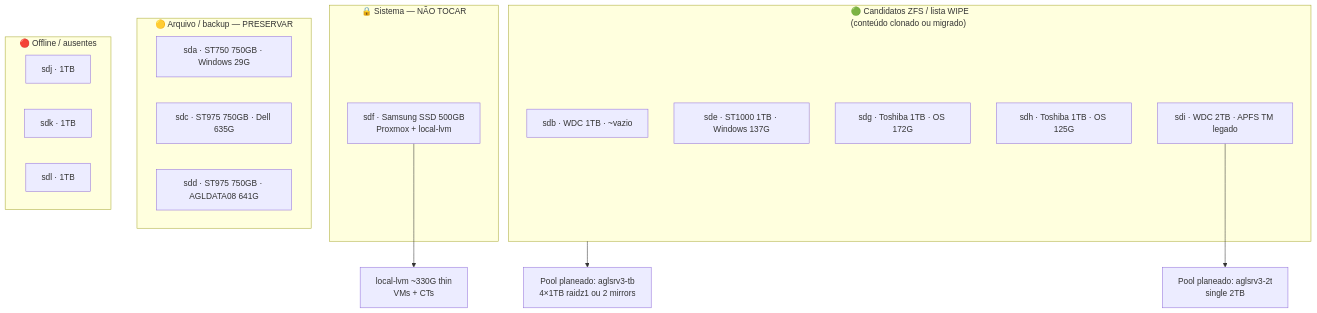
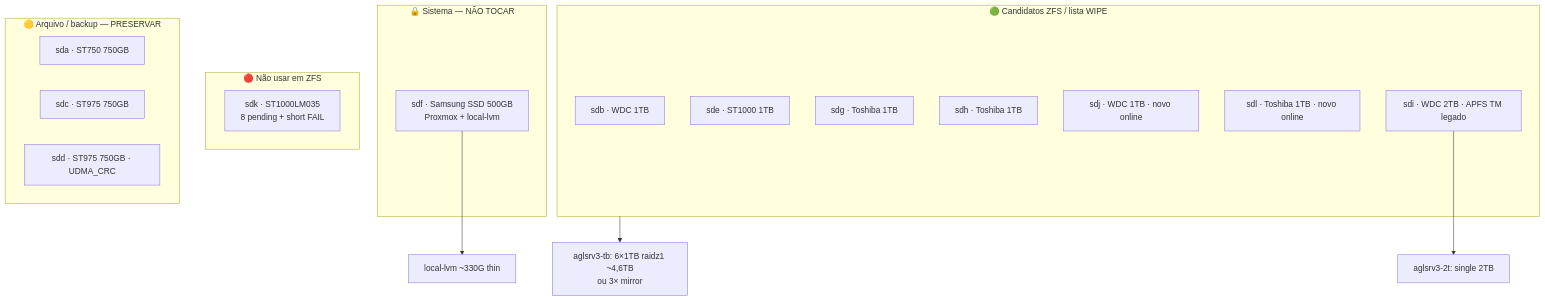
Before and after one commit to AGLz/agl-hostman: the diagram in docs/AGLSRV3-DISKS.md, drawn with Mermaid. The commit also changed other lines of this file and 133 other files, not shown here.

````diff
--- a/docs/AGLSRV3-DISKS.md
+++ b/docs/AGLSRV3-DISKS.md
@@ -13,30 +13,30 @@
 ```mermaid
 flowchart TB
   subgraph sistema["🔒 Sistema — NÃO TOCAR"]
     sdf["sdf · Samsung SSD 500GB<br/>Proxmox + local-lvm"]
   end
 
-  subgraph zfs_plan["🟢 Candidatos ZFS / lista WIPE<br/>(conteúdo clonado ou migrado)"]
-    sdb["sdb · WDC 1TB · ~vazio"]
-    sde["sde · ST1000 1TB · Windows 137G"]
-    sdg["sdg · Toshiba 1TB · OS 172G"]
-    sdh["sdh · Toshiba 1TB · OS 125G"]
+  subgraph zfs_plan["🟢 Candidatos ZFS / lista WIPE"]
+    sdb["sdb · WDC 1TB"]
+    sde["sde · ST1000 1TB"]
+    sdg["sdg · Toshiba 1TB"]
+    sdh["sdh · Toshiba 1TB"]
+    sdj["sdj · WDC 1TB · novo online"]
+    sdl["sdl · Toshiba 1TB · novo online"]
     sdi["sdi · WDC 2TB · APFS TM legado"]
   end
 
-  subgraph archive["🟡 Arquivo / backup — PRESERVAR"]
-    sda["sda · ST750 750GB · Windows 29G"]
-    sdc["sdc · ST975 750GB · Dell 635G"]
-    sdd["sdd · ST975 750GB · AGLDATA08 641G"]
+  subgraph quarantine["🔴 Não usar em ZFS"]
+    sdk["sdk · ST1000LM035<br/>8 pending + short FAIL"]
   end
 
-  subgraph offline["🔴 Offline / ausentes"]
-    sdj["sdj · 1TB"]
-    sdk["sdk · 1TB"]
-    sdl["sdl · 1TB"]
+  subgraph archive["🟡 Arquivo / backup — PRESERVAR"]
+    sda["sda · ST750 750GB"]
+    sdc["sdc · ST975 750GB"]
+    sdd["sdd · ST975 750GB · UDMA_CRC"]
   end
 
-  sdf --> local_lvm["local-lvm ~330G thin<br/>VMs + CTs"]
-  zfs_plan --> pool_tb["Pool planeado: aglsrv3-tb<br/>4×1TB raidz1 ou 2 mirrors"]
-  sdi --> pool_2t["Pool planeado: aglsrv3-2t<br/>single 2TB"]
+  sdf --> local_lvm["local-lvm ~330G thin"]
+  zfs_plan --> pool_tb["aglsrv3-tb: 6×1TB raidz1 ~4,6TB<br/>ou 3× mirror"]
+  sdi --> pool_2t["aglsrv3-2t: single 2TB"]
 ```
````
